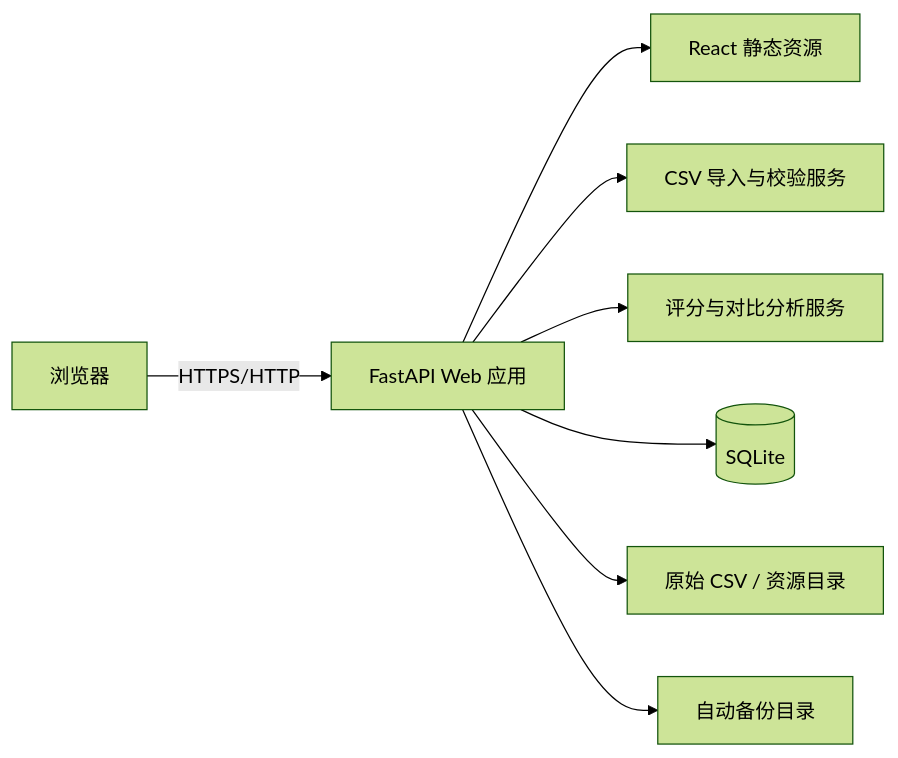
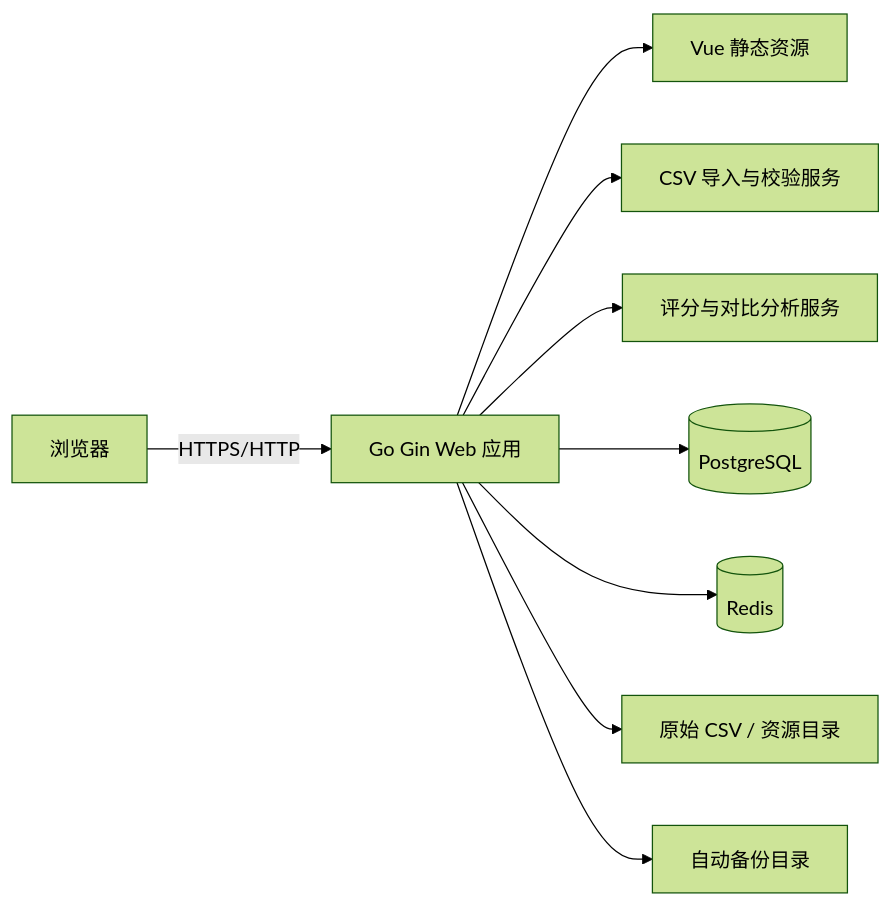
The first of 2 diagrams in 设计文档/逆水寒帮会联赛数据分析平台_开发说明_v4.md (beringya/guild-league-data), drawn with Mermaid (forest theme) before and after one commit. The commit also changed other lines of this file and 228 other files, not shown here.

````diff
--- a/设计文档/逆水寒帮会联赛数据分析平台_开发说明_v4.md
+++ b/设计文档/逆水寒帮会联赛数据分析平台_开发说明_v4.md
@@ -782,10 +810,11 @@
 ```mermaid
 flowchart LR
-    B[浏览器] -->|HTTPS/HTTP| A[FastAPI Web 应用]
-    A --> S[React 静态资源]
+    B[浏览器] -->|HTTPS/HTTP| A[Go Gin Web 应用]
+    A --> S[Vue 静态资源]
     A --> I[CSV 导入与校验服务]
     A --> R[评分与对比分析服务]
-    A --> D[(SQLite)]
+    A --> D[(PostgreSQL)]
+    A --> C[(Redis)]
     A --> F[原始 CSV / 资源目录]
     A --> K[自动备份目录]
 ```
````
